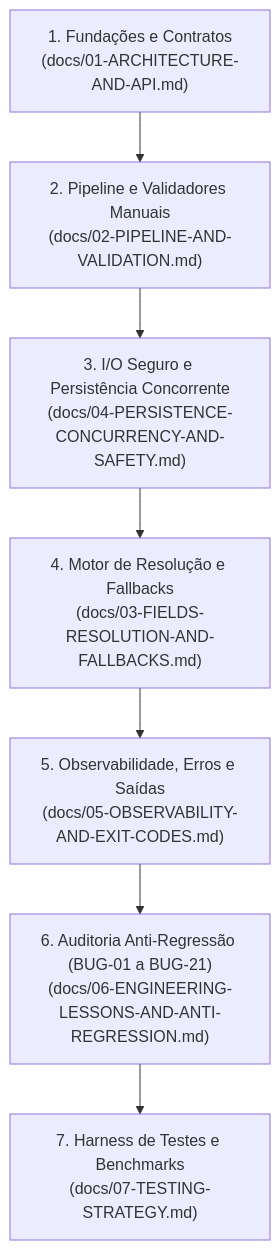
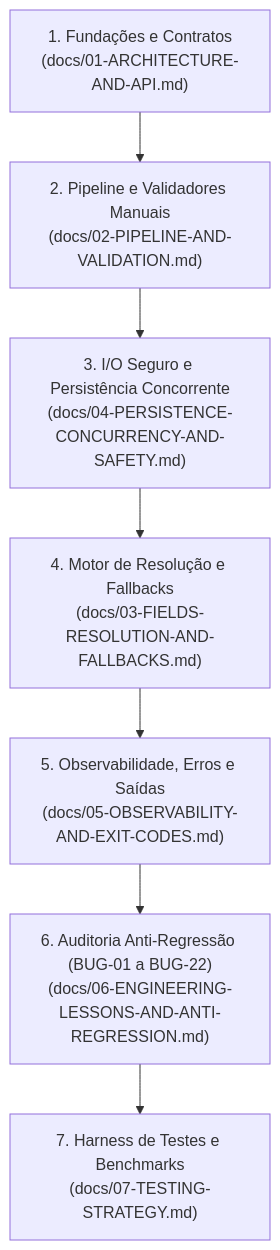
One commit to patrickbrandao/go-loghub-ident changed the diagram in docs/00-INDEX.md. Above: the diagram before and after it, drawn with Mermaid. The commit also changed 21 other files, not shown here.

````diff
--- a/docs/00-INDEX.md
+++ b/docs/00-INDEX.md
@@ -29,9 +29,9 @@
 ```mermaid
 flowchart TD
     Step1["1. Fundações e Contratos<br>(docs/01-ARCHITECTURE-AND-API.md)"] --> Step2["2. Pipeline e Validadores Manuais<br>(docs/02-PIPELINE-AND-VALIDATION.md)"]
     Step2 --> Step3["3. I/O Seguro e Persistência Concorrente<br>(docs/04-PERSISTENCE-CONCURRENCY-AND-SAFETY.md)"]
     Step3 --> Step4["4. Motor de Resolução e Fallbacks<br>(docs/03-FIELDS-RESOLUTION-AND-FALLBACKS.md)"]
     Step4 --> Step5["5. Observabilidade, Erros e Saídas<br>(docs/05-OBSERVABILITY-AND-EXIT-CODES.md)"]
-    Step5 --> Step6["6. Auditoria Anti-Regressão (BUG-01 a BUG-21)<br>(docs/06-ENGINEERING-LESSONS-AND-ANTI-REGRESSION.md)"]
+    Step5 --> Step6["6. Auditoria Anti-Regressão (BUG-01 a BUG-22)<br>(docs/06-ENGINEERING-LESSONS-AND-ANTI-REGRESSION.md)"]
     Step6 --> Step7["7. Harness de Testes e Benchmarks<br>(docs/07-TESTING-STRATEGY.md)"]
 ```
````
